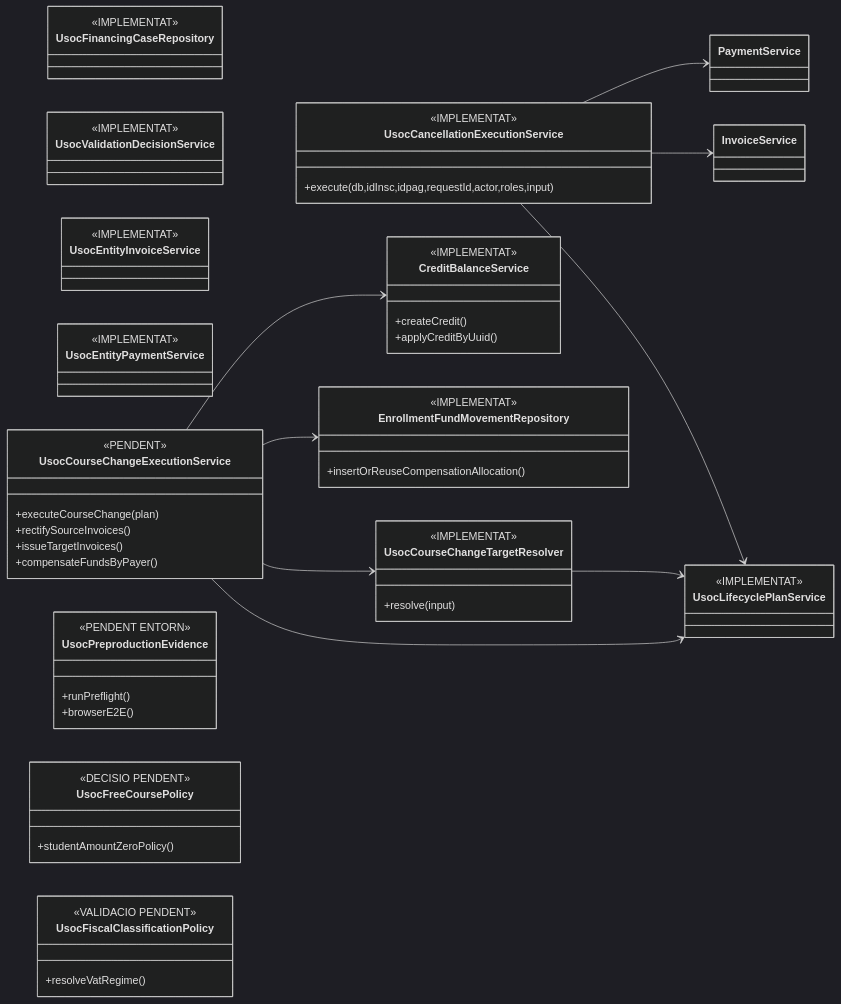
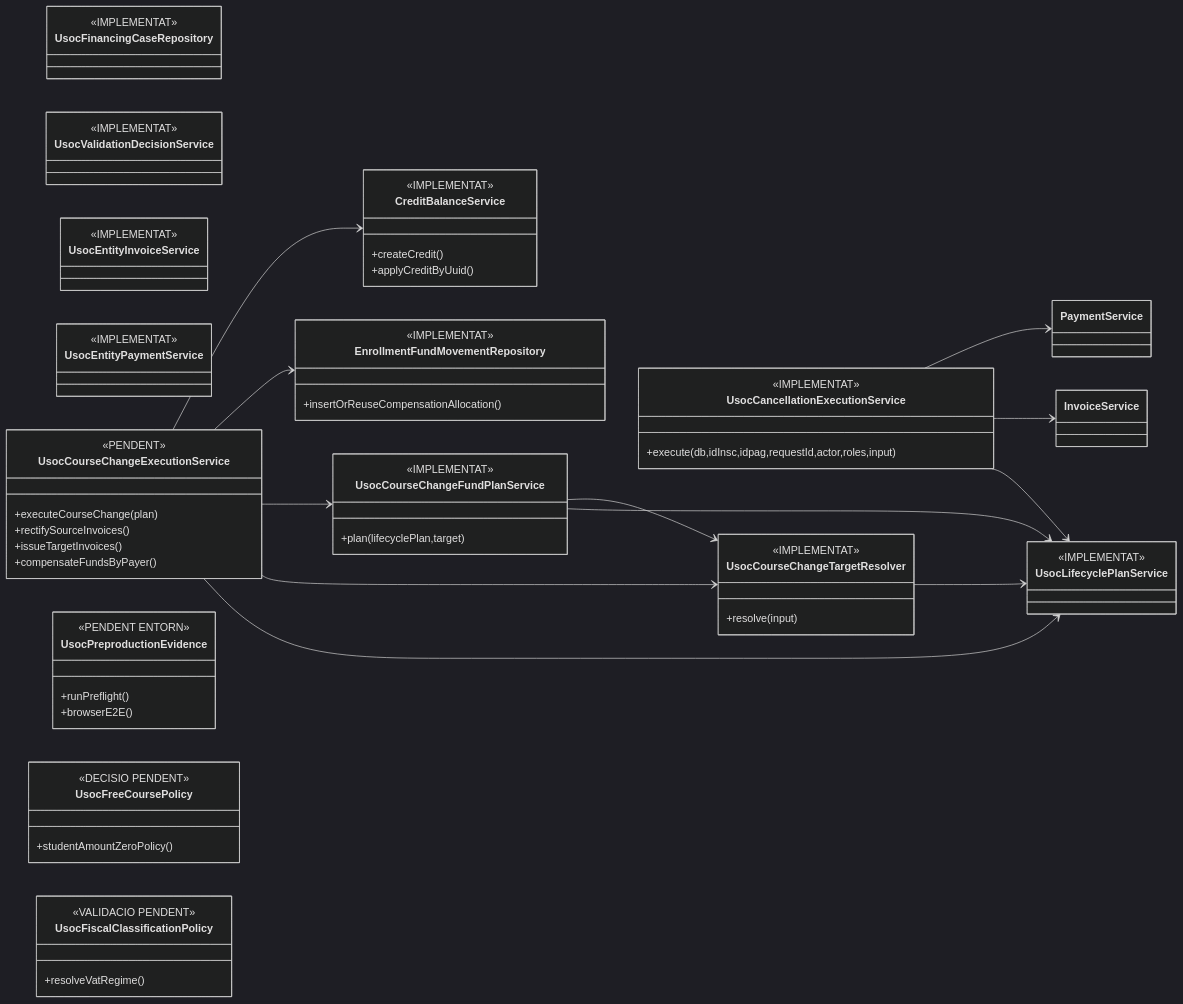
Before and after one commit to orgmeriemprismacat-del/verifactu: the fourth of 4 diagrams in documentacio/07-uml-integrat/uc-013-classes-actual-final.md, drawn with Mermaid (dark theme). The commit also changed other lines of this file, not shown here.

Commit message:
docs(UC-013): incorporar pla economic canvi curs

````diff
--- a/documentacio/07-uml-integrat/uc-013-classes-actual-final.md
+++ b/documentacio/07-uml-integrat/uc-013-classes-actual-final.md
@@ -193,64 +193,71 @@
 ```mermaid
 classDiagram
 direction LR
 class UsocFinancingCaseRepository {
   <<IMPLEMENTAT>>
 }
 class UsocValidationDecisionService {
   <<IMPLEMENTAT>>
 }
 class UsocEntityInvoiceService {
   <<IMPLEMENTAT>>
 }
 class UsocEntityPaymentService {
   <<IMPLEMENTAT>>
 }
 class UsocLifecyclePlanService {
   <<IMPLEMENTAT>>
 }
 class UsocCancellationExecutionService {
   <<IMPLEMENTAT>>
   +execute(db,idInsc,idpag,requestId,actor,roles,input)
 }
 class UsocCourseChangeTargetResolver {
   <<IMPLEMENTAT>>
   +resolve(input)
+}
+class UsocCourseChangeFundPlanService {
+  <<IMPLEMENTAT>>
+  +plan(lifecyclePlan,target)
 }
 class UsocCourseChangeExecutionService {
   <<PENDENT>>
   +executeCourseChange(plan)
   +rectifySourceInvoices()
   +issueTargetInvoices()
   +compensateFundsByPayer()
 }
 class EnrollmentFundMovementRepository {
   <<IMPLEMENTAT>>
   +insertOrReuseCompensationAllocation()
 }
 class CreditBalanceService {
   <<IMPLEMENTAT>>
   +createCredit()
   +applyCreditByUuid()
 }
 class UsocPreproductionEvidence {
   <<PENDENT ENTORN>>
   +runPreflight()
   +browserE2E()
 }
 class UsocFreeCoursePolicy {
   <<DECISIO PENDENT>>
   +studentAmountZeroPolicy()
 }
 class UsocFiscalClassificationPolicy {
   <<VALIDACIO PENDENT>>
   +resolveVatRegime()
 }
 UsocCancellationExecutionService --> UsocLifecyclePlanService
 UsocCancellationExecutionService --> InvoiceService
 UsocCancellationExecutionService --> PaymentService
 UsocCourseChangeTargetResolver --> UsocLifecyclePlanService
+UsocCourseChangeFundPlanService --> UsocLifecyclePlanService
+UsocCourseChangeFundPlanService --> UsocCourseChangeTargetResolver
 UsocCourseChangeExecutionService --> UsocLifecyclePlanService
 UsocCourseChangeExecutionService --> UsocCourseChangeTargetResolver
+UsocCourseChangeExecutionService --> UsocCourseChangeFundPlanService
 UsocCourseChangeExecutionService --> EnrollmentFundMovementRepository
 UsocCourseChangeExecutionService --> CreditBalanceService
 ```
````
